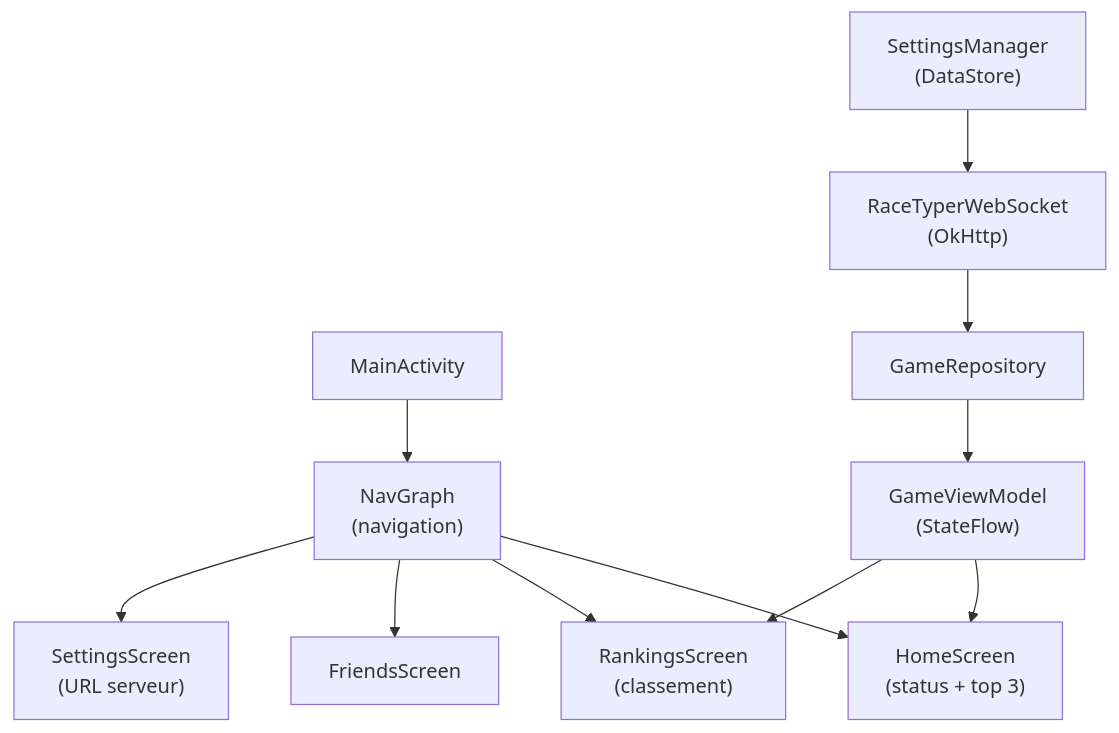
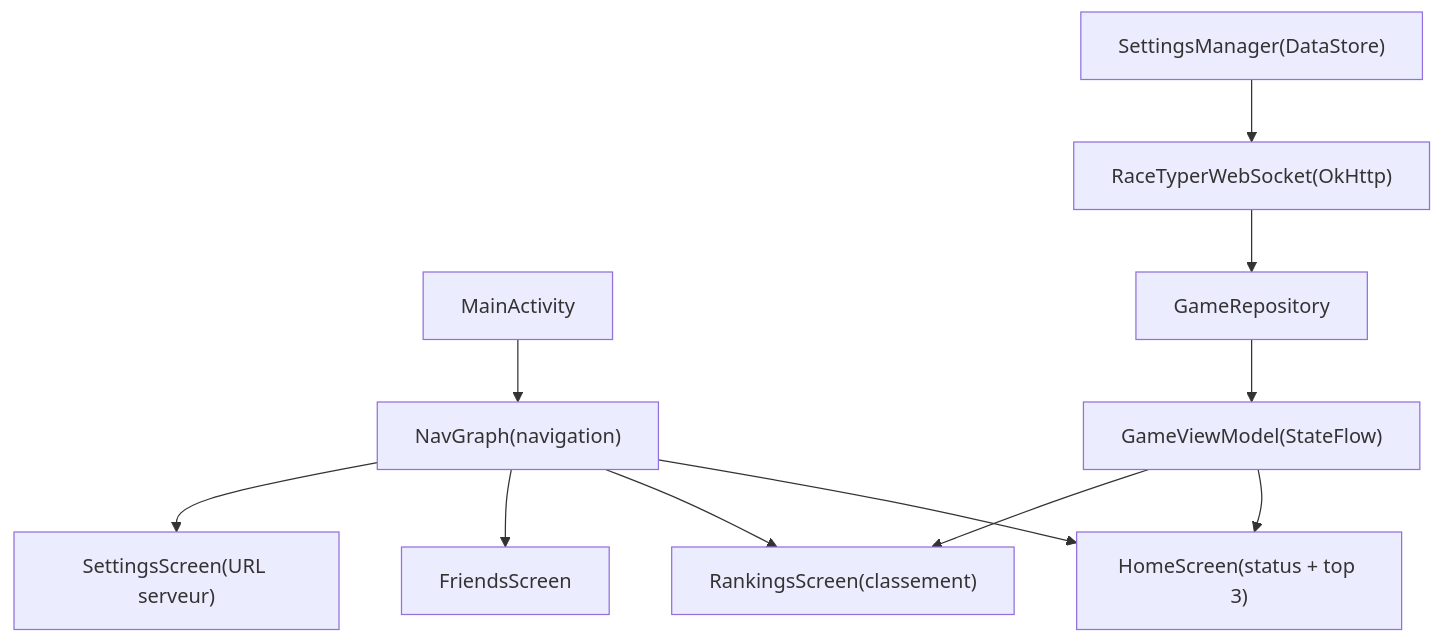
One commit to EnterNAthan/RaceTyper changed the fourth of 17 diagrams in ARCHITECTURE.md. Above: the diagram before and after it, drawn with Mermaid. The commit also changed other lines of this file, not shown here.

Commit message:
fix architecture markdown

````diff
--- a/ARCHITECTURE.md
+++ b/ARCHITECTURE.md
@@ -181,15 +181,15 @@
 ```mermaid
 graph TD
-    MA["MainActivity"] --> NG["NavGraph\n(navigation)"]
-    NG --> HS["HomeScreen\n(status + top 3)"]
-    NG --> RS["RankingsScreen\n(classement)"]
+    MA["MainActivity"] --> NG["NavGraph(navigation)"]
+    NG --> HS["HomeScreen(status + top 3)"]
+    NG --> RS["RankingsScreen(classement)"]
     NG --> FS["FriendsScreen"]
-    NG --> SS["SettingsScreen\n(URL serveur)"]
+    NG --> SS["SettingsScreen(URL serveur)"]
 
-    GVM["GameViewModel\n(StateFlow)"] --> HS
+    GVM["GameViewModel(StateFlow)"] --> HS
     GVM --> RS
 
     GR["GameRepository"] --> GVM
-    WS["RaceTyperWebSocket\n(OkHttp)"] --> GR
-    SM["SettingsManager\n(DataStore)"] --> WS
+    WS["RaceTyperWebSocket(OkHttp)"] --> GR
+    SM["SettingsManager(DataStore)"] --> WS
 ```
````
